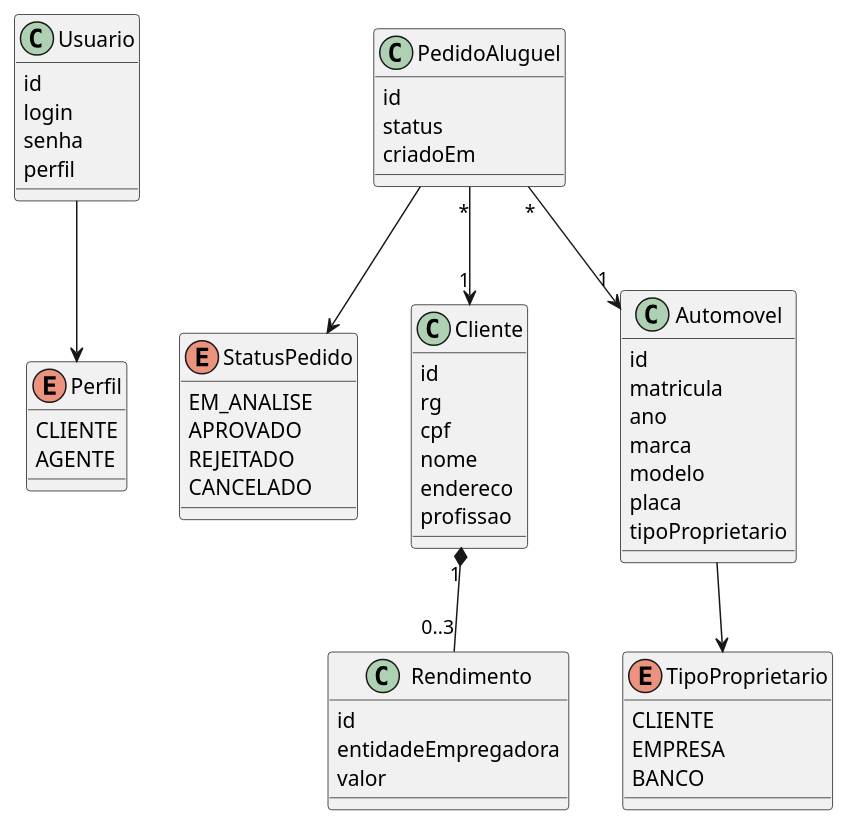
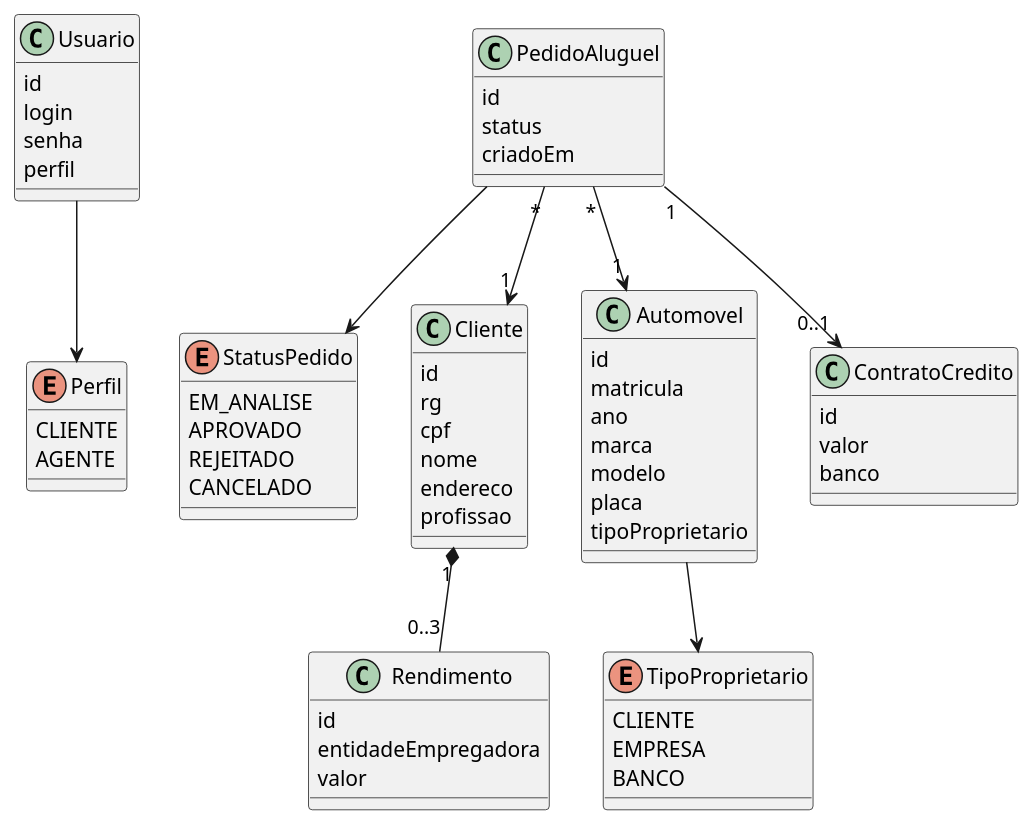
Before and after one commit to isadoraalvarenga/alugueldecarros: the diagram in docs/classes.puml, drawn with PlantUML. The commit also changed 4 other files, not shown here.

Commit message:
docs: adiciona ContratoCredito ao diagrama de classes

```diff
--- a/docs/classes.puml
+++ b/docs/classes.puml
@@ -1,58 +1,66 @@
 @startuml
 enum Perfil {
   CLIENTE
   AGENTE
 }
 enum StatusPedido {
   EM_ANALISE
   APROVADO
   REJEITADO
   CANCELADO
 }
 enum TipoProprietario {
   CLIENTE
   EMPRESA
   BANCO
 }
 
 class Usuario {
   id
   login
   senha
   perfil
 }
 class Cliente {
   id
   rg
   cpf
   nome
   endereco
   profissao
 }
 class Rendimento {
   id
   entidadeEmpregadora
   valor
 }
 class Automovel {
   id
   matricula
   ano
   marca
   modelo
   placa
   tipoProprietario
 }
 class PedidoAluguel {
   id
   status
   criadoEm
 }
 
 Usuario --> Perfil
 Automovel --> TipoProprietario
 PedidoAluguel --> StatusPedido
 Cliente "1" *-- "0..3" Rendimento
 PedidoAluguel "*" --> "1" Cliente
 PedidoAluguel "*" --> "1" Automovel
+
+class ContratoCredito {
+  id
+  valor
+  banco
+}
+PedidoAluguel "1" --> "0..1" ContratoCredito
+
 @enduml
```
